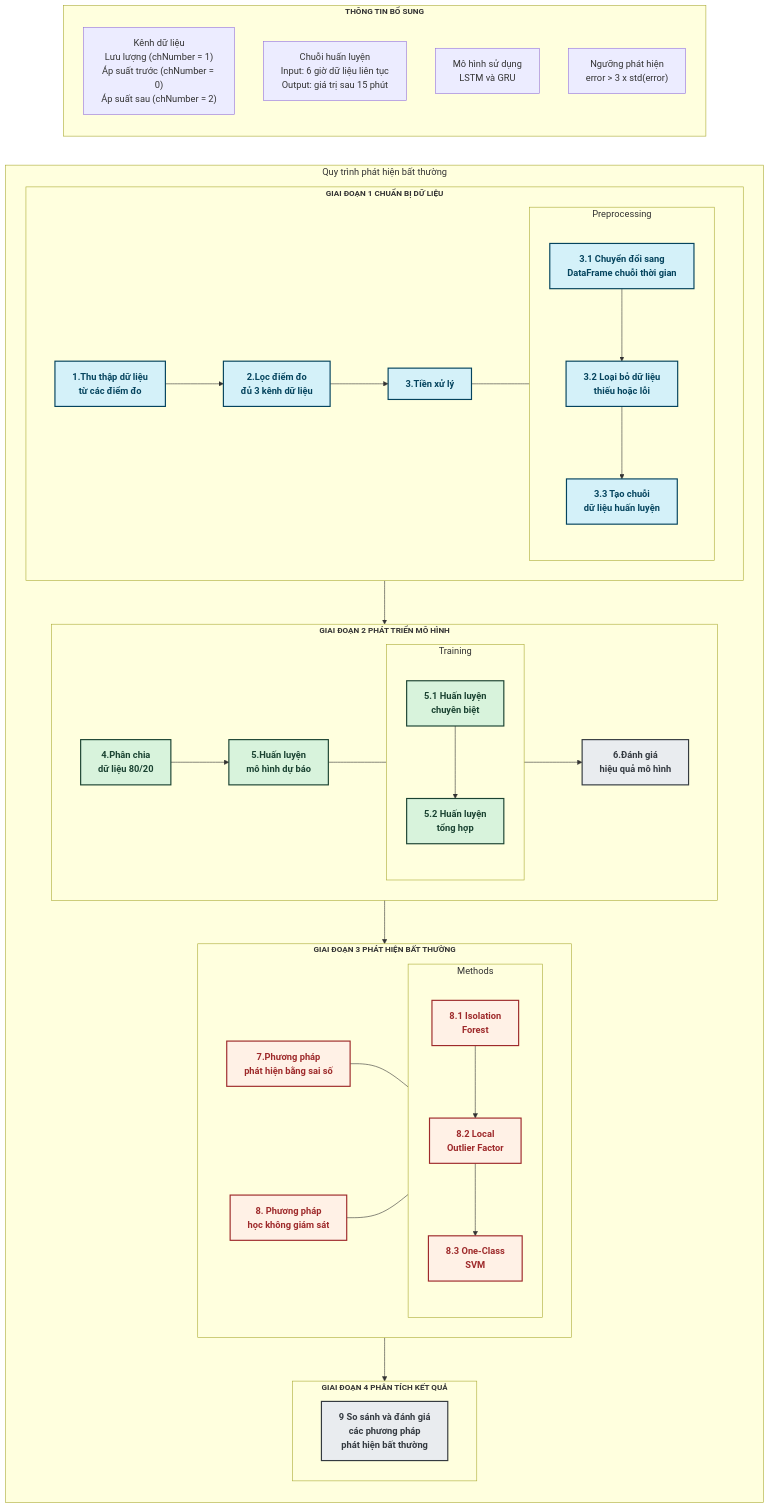
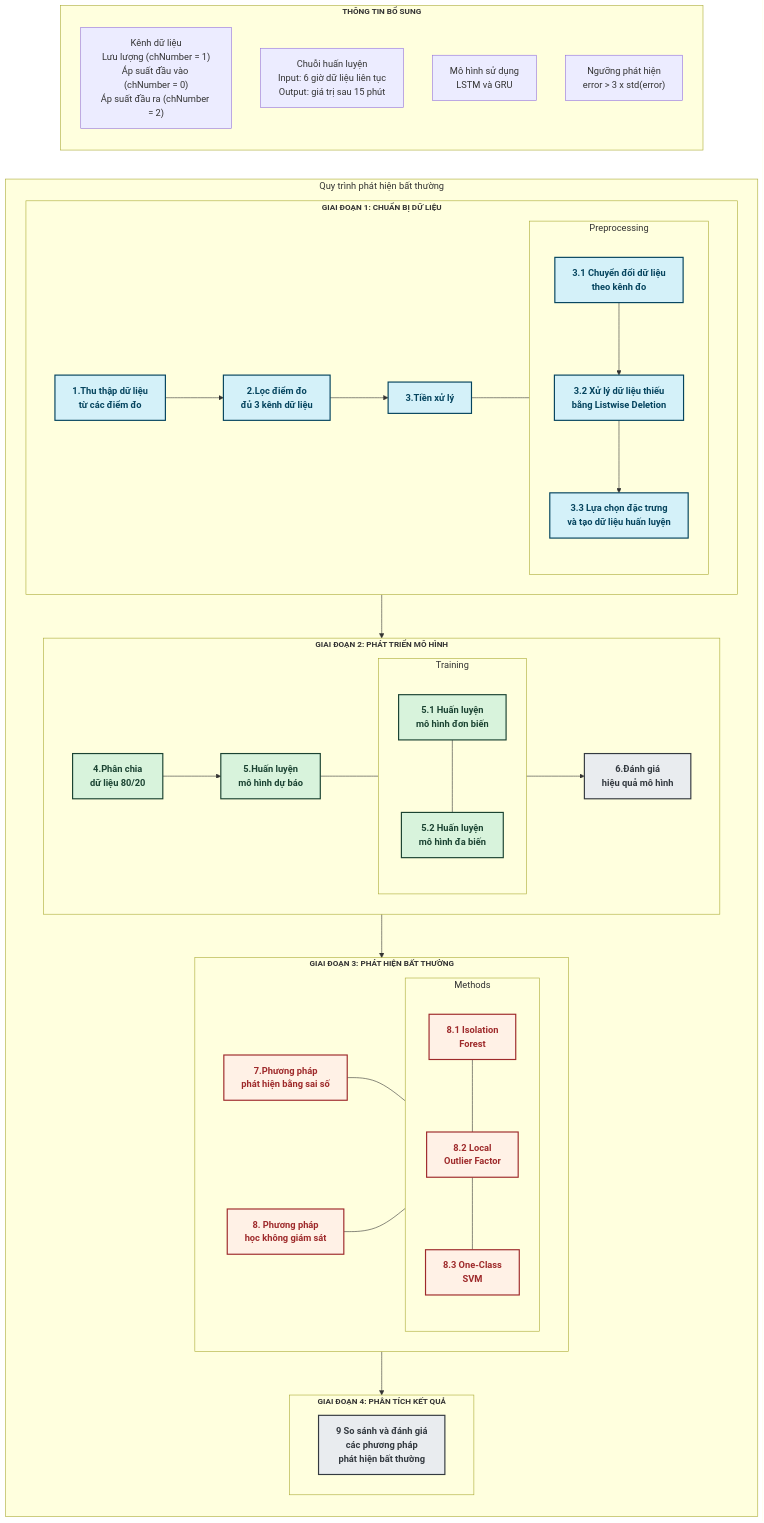
One commit to boringman21/NghiaPham_ThesisV1 changed the diagram in memaid_diagram/luoc_do_nghien_cuu_real_data.mmd. Above: the diagram before and after it, drawn with Mermaid. The commit also changed 3 other files, not shown here.

```diff
--- a/memaid_diagram/luoc_do_nghien_cuu_real_data.mmd
+++ b/memaid_diagram/luoc_do_nghien_cuu_real_data.mmd
@@ -1,101 +1,101 @@
 flowchart LR
     classDef dataPrep fill:#d4f1f9,stroke:#05445E,stroke-width:2px,color:#05445E,font-weight:bold
     classDef modelDev fill:#d8f3dc,stroke:#1B4332,stroke-width:2px,color:#1B4332,font-weight:bold
     classDef anomalyAnalysis fill:#fff1e6,stroke:#9E2A2B,stroke-width:2px,color:#9E2A2B,font-weight:bold
     classDef evaluation fill:#e9ecef,stroke:#343a40,stroke-width:2px,color:#343a40,font-weight:bold
     classDef phaseTitle font-weight:bold,font-size:14px
     
     subgraph Process ["Quy trình phát hiện bất thường"]
         direction TB
         
-        subgraph DataPrep ["GIAI ĐOẠN 1 CHUẨN BỊ DỮ LIỆU"]
+        subgraph DataPrep ["GIAI ĐOẠN 1: CHUẨN BỊ DỮ LIỆU"]
             direction LR
             A["1.Thu thập dữ liệu<br>từ các điểm đo"] --> 
             B["2.Lọc điểm đo<br>đủ 3 kênh dữ liệu"] --> 
             C["3.Tiền xử lý"]
             
             subgraph Preprocessing
                 direction TB
-                C1["3.1 Chuyển đổi sang<br>DataFrame chuỗi thời gian"]
-                C2["3.2 Loại bỏ dữ liệu<br>thiếu hoặc lỗi"]
-                C3["3.3 Tạo chuỗi<br>dữ liệu huấn luyện"]
+                C1["3.1 Chuyển đổi dữ liệu<br>theo kênh đo"]
+                C2["3.2 Xử lý dữ liệu thiếu<br>bằng Listwise Deletion"]
+                C3["3.3 Lựa chọn đặc trưng<br>và tạo dữ liệu huấn luyện"]
                 
                 C1 --> C2 --> C3
             end
             
             C --- Preprocessing
         end
         
-        subgraph ModelDev ["GIAI ĐOẠN 2 PHÁT TRIỂN MÔ HÌNH"]
+        subgraph ModelDev ["GIAI ĐOẠN 2: PHÁT TRIỂN MÔ HÌNH"]
             direction LR
             D["4.Phân chia<br>dữ liệu 80/20"] -->
             E["5.Huấn luyện<br>mô hình dự báo"]
             
             subgraph Training
                 direction TB
-                E1["5.1 Huấn luyện<br>chuyên biệt"]
-                E2["5.2 Huấn luyện<br>tổng hợp"]
+                E1["5.1 Huấn luyện<br>mô hình đơn biến"]
+                E2["5.2 Huấn luyện<br>mô hình đa biến"]
                 
-                E1 --> E2
+                E1 --- E2
             end
             
             E --- Training -->
             F["6.Đánh giá<br>hiệu quả mô hình"]
         end
         
-        subgraph AnomalyDetection ["GIAI ĐOẠN 3 PHÁT HIỆN BẤT THƯỜNG"]
+        subgraph AnomalyDetection ["GIAI ĐOẠN 3: PHÁT HIỆN BẤT THƯỜNG"]
             direction LR
             G["7.Phương pháp<br>phát hiện bằng sai số"]
             
             H["8. Phương pháp<br>học không giám sát"]
             
             subgraph Methods
                 direction TB
                 H1["8.1 Isolation<br>Forest"]
                 H2["8.2 Local<br>Outlier Factor"]
                 H3["8.3 One-Class<br>SVM"]
                 
-                H1 --> H2 --> H3
+                H1 --- H2 --- H3
             end
             
             G & H --- Methods
         end
         
-        subgraph ResultAnalysis ["GIAI ĐOẠN 4 PHÂN TÍCH KẾT QUẢ"]
+        subgraph ResultAnalysis ["GIAI ĐOẠN 4: PHÂN TÍCH KẾT QUẢ"]
             I["9 So sánh và đánh giá<br>các phương pháp<br>phát hiện bất thường"]
         end
     end
     
     DataPrep --> ModelDev --> AnomalyDetection --> ResultAnalysis
     
     subgraph Details ["THÔNG TIN BỔ SUNG"]
         direction TB
-        N1["Kênh dữ liệu<br>Lưu lượng (chNumber = 1)<br>Áp suất trước (chNumber = 0)<br>Áp suất sau (chNumber = 2)"]
+        N1["Kênh dữ liệu<br>Lưu lượng (chNumber = 1)<br>Áp suất đầu vào (chNumber = 0)<br>Áp suất đầu ra (chNumber = 2)"]
         N2["Chuỗi huấn luyện<br>Input: 6 giờ dữ liệu liên tục<br>Output: giá trị sau 15 phút"]
         N3["Mô hình sử dụng<br>LSTM và GRU"]
         N4["Ngưỡng phát hiện<br>error > 3 x std(error)"]
     end
     
     A:::dataPrep
     B:::dataPrep
     C:::dataPrep
     C1:::dataPrep
     C2:::dataPrep
     C3:::dataPrep
     D:::modelDev
     E:::modelDev
     E1:::modelDev
     E2:::modelDev
     F:::evaluation
     G:::anomalyAnalysis
     H:::anomalyAnalysis
     H1:::anomalyAnalysis
     H2:::anomalyAnalysis
     H3:::anomalyAnalysis
     I:::evaluation
     
     DataPrep:::phaseTitle
     ModelDev:::phaseTitle
     AnomalyDetection:::phaseTitle
     ResultAnalysis:::phaseTitle
     Details:::phaseTitle
```
